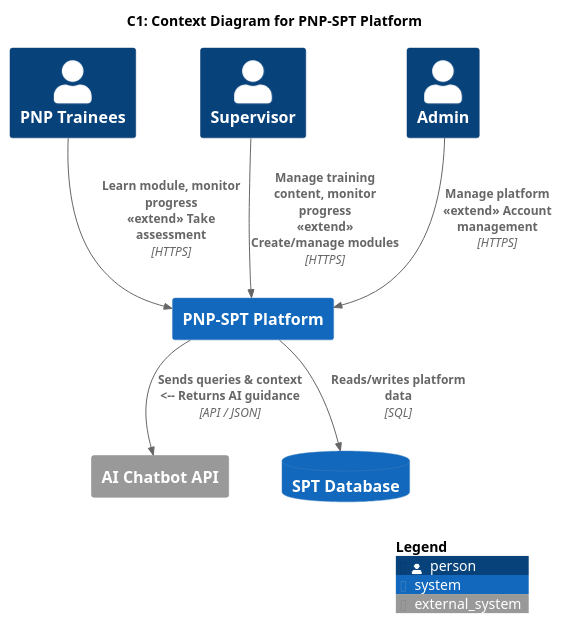
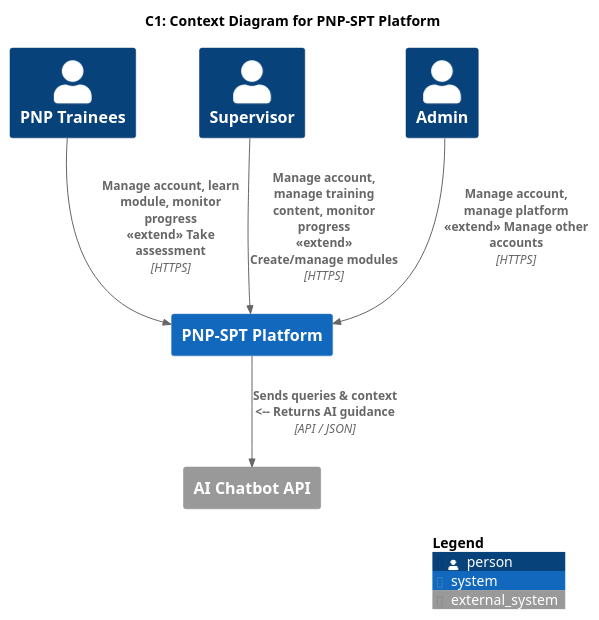
The diagram in docs/MSYADD1/c1_context.puml (APC-SoCIT/APC-2026-2027-T1-IT241-Grp4-PNP-SPT-Platform), drawn with PlantUML before and after one commit.

Commit message:
Revise context diagram (c1)

```diff
--- a/docs/MSYADD1/c1_context.puml
+++ b/docs/MSYADD1/c1_context.puml
@@ -1,29 +1,25 @@
 @startuml System_Context_Diagram_for_PNP-SPT_Platform
 !include https://raw.githubusercontent.com/plantuml-stdlib/C4-PlantUML/master/C4_Context.puml
 
 LAYOUT_TOP_DOWN()
 LAYOUT_WITH_LEGEND()
 
 title C1: Context Diagram for PNP-SPT Platform
 
 Person(trainees, "PNP Trainees")
 Person(supervisor, "Supervisor")
 Person(admin, "Admin")
 
 System(sptPlatform, "PNP-SPT Platform")
 System_Ext(aiChatbot, "AI Chatbot API")
-SystemDb(sptDb, "SPT Database")
 
 ' Users to System (Combined Core and Extended Use Cases)
-Rel(trainees, sptPlatform, "Learn module, monitor progress\n<<extend>> Take assessment", "HTTPS")
-Rel(supervisor, sptPlatform, "Manage training content, monitor progress\n<<extend>> Create/manage modules", "HTTPS")
-Rel(admin, sptPlatform, "Manage platform\n<<extend>> Account management", "HTTPS")
+Rel(trainees, sptPlatform, "Manage account, learn module, monitor progress\n<<extend>> Take assessment", "HTTPS")
+Rel(supervisor, sptPlatform, "Manage account, manage training content, monitor progress\n<<extend>> Create/manage modules", "HTTPS")
+Rel(admin, sptPlatform, "Manage account, manage platform\n<<extend>> Manage other accounts", "HTTPS")
 
 ' System to External AI (Combined Send/Receive)
 Rel(sptPlatform, aiChatbot, "Sends queries & context\n<-- Returns AI guidance", "API / JSON")
 
-' System to Database
-Rel(sptPlatform, sptDb, "Reads/writes platform data", "SQL")
-
 SHOW_LEGEND()
 @enduml
```
